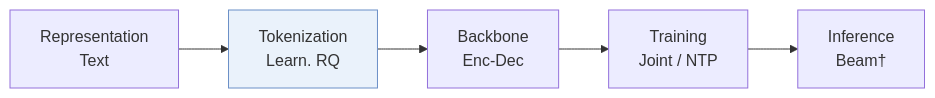
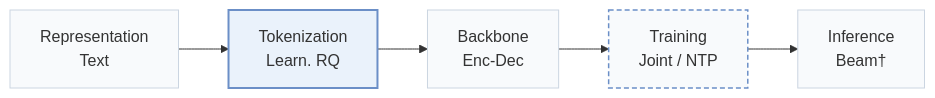
One commit to Galaxy-ghost/Awesome-SID-Generative-Rec changed the first of 2 diagrams in pages/papers/diger.md. Above: the diagram before and after it, drawn with Mermaid. The commit also changed other lines of this file and 649 other files, not shown here.

Commit message:
writer-05: also tags and modality index (schema, check, build, visuals); summary field removed; calibration data for 12 papers

````diff
--- a/pages/papers/diger.md
+++ b/pages/papers/diger.md
@@ -13,6 +15,10 @@
 ```mermaid
 flowchart LR
     R["Representation<br/>Text"] --> T["Tokenization<br/>Learn. RQ"] --> B["Backbone<br/>Enc-Dec"] --> TR["Training<br/>Joint / NTP"] --> I["Inference<br/>Beam†"]
-    classDef main fill:#eaf2fb,stroke:#6b8fc7
+    classDef base fill:#f8fafc,stroke:#cbd5e1
+    class R,T,B,TR,I base
+    classDef also fill:#f8fafc,stroke:#6b8fc7,stroke-width:1.5px,stroke-dasharray:5 3
+    class TR also
+    classDef main fill:#eaf2fb,stroke:#6b8fc7,stroke-width:2px
     class T main
 ```
````
